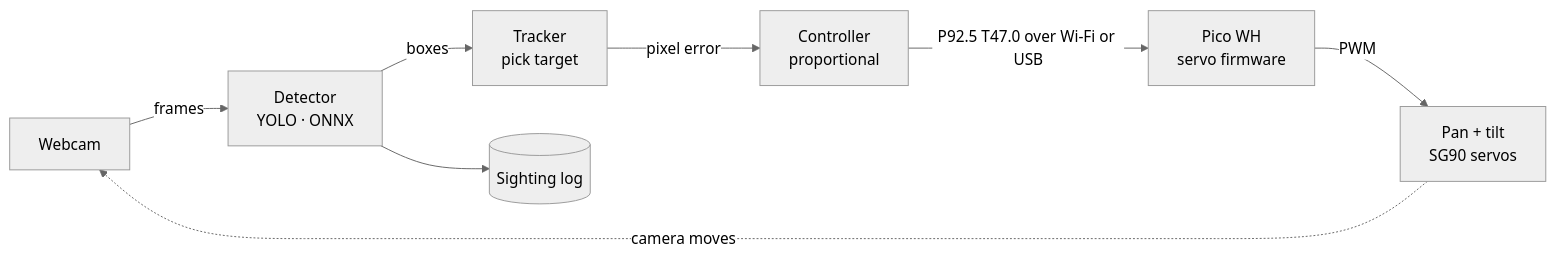
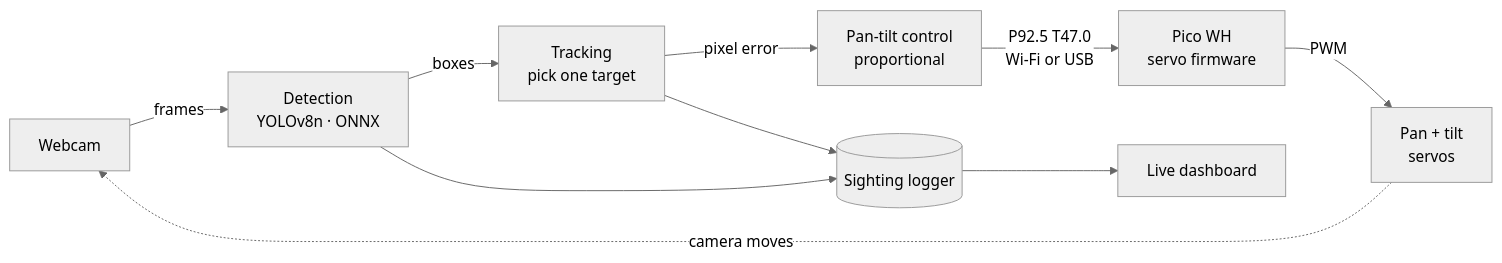
Before and after one commit to bsalsa2/Skynode: the diagram in README.md, drawn with Mermaid (neutral theme). The commit also changed other lines of this file and 9 other files, not shown here.

````diff
--- a/README.md
+++ b/README.md
@@ -18,10 +33,12 @@
 ```mermaid
 flowchart LR
-    CAM[Webcam] -->|frames| DET[Detector<br/>YOLO · ONNX]
-    DET -->|boxes| TRK[Tracker<br/>pick target]
-    TRK -->|pixel error| CTL[Controller<br/>proportional]
-    CTL -->|P92.5 T47.0 over Wi-Fi or USB| PICO[Pico WH<br/>servo firmware]
-    PICO -->|PWM| SERVOS[Pan + tilt<br/>SG90 servos]
+    CAM[Webcam] -->|frames| DET[Detection<br/>YOLOv8n · ONNX]
+    DET -->|boxes| TRK[Tracking<br/>pick one target]
+    TRK -->|pixel error| CTL[Pan-tilt control<br/>proportional]
+    CTL -->|P92.5 T47.0<br/>Wi-Fi or USB| PICO[Pico WH<br/>servo firmware]
+    PICO -->|PWM| SERVOS[Pan + tilt<br/>servos]
     SERVOS -.->|camera moves| CAM
-    DET --> LOG[(Sighting log)]
+    DET --> LOG[(Sighting logger)]
+    TRK --> LOG
+    LOG --> DASH[Live dashboard]
 ```
````
